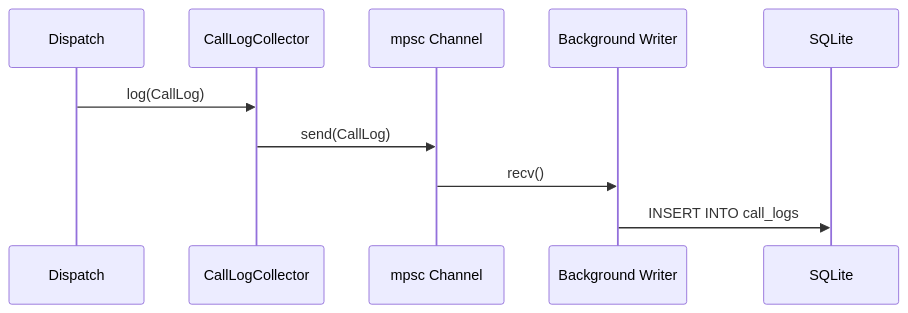
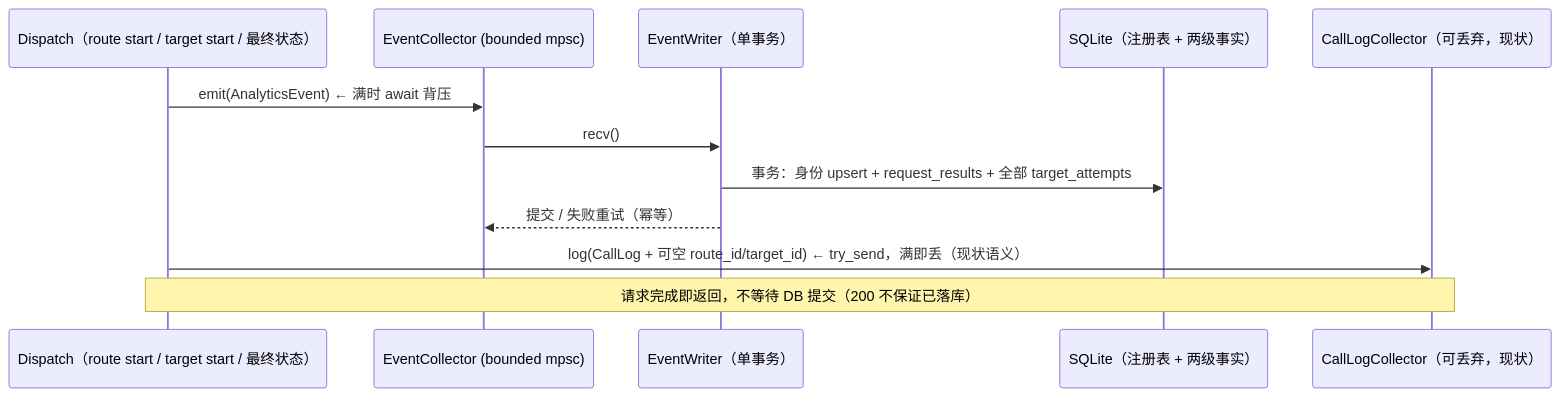
Before and after one commit to rainbowatcher/sag: the second of 5 diagrams in docs/spec/analytics/spec.md, drawn with Mermaid. The commit also changed other lines of this file and 3 other files, not shown here.

````diff
--- a/docs/spec/analytics/spec.md
+++ b/docs/spec/analytics/spec.md
@@ -20,13 +247,15 @@
 ```mermaid
 sequenceDiagram
-    participant D as Dispatch
-    participant C as CallLogCollector
-    participant Ch as mpsc Channel
-    participant W as Background Writer
-    participant S as SQLite
+    participant D as Dispatch（route start / target start / 最终状态）
+    participant EC as EventCollector (bounded mpsc)
+    participant EW as EventWriter（单事务）
+    participant DB as SQLite（注册表 + 两级事实）
+    participant CL as CallLogCollector（可丢弃，现状）
 
-    D->>C: log(CallLog)
-    C->>Ch: send(CallLog)
-    Ch->>W: recv()
-    W->>S: INSERT INTO call_logs
+    D->>EC: emit(AnalyticsEvent)  ← 满时 await 背压
+    EC->>EW: recv()
+    EW->>DB: 事务：身份 upsert + request_results + 全部 target_attempts
+    EW-->>EC: 提交 / 失败重试（幂等）
+    D->>CL: log(CallLog + 可空 route_id/target_id)  ← try_send，满即丢（现状语义）
+    Note over D,CL: 请求完成即返回，不等待 DB 提交（200 不保证已落库）
 ```
````
